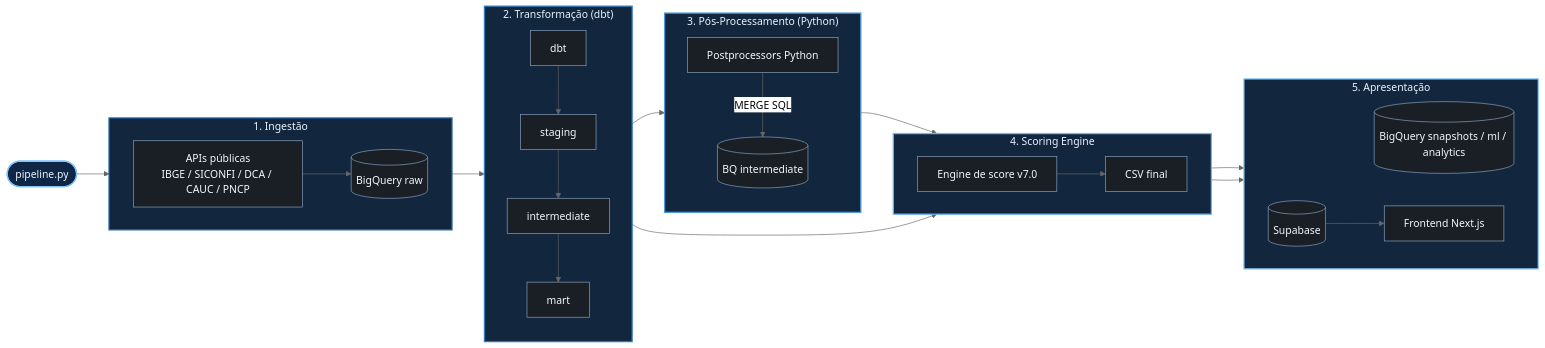
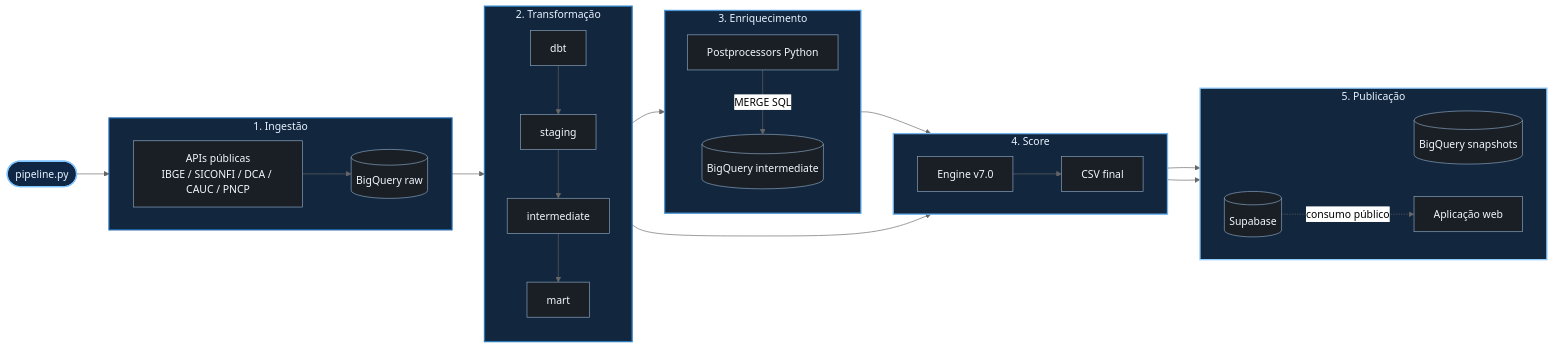
Before and after one commit to Fel-tby/solvelicita-engine: the diagram in README.md, drawn with Mermaid (neutral theme). The commit also changed other lines of this file, not shown here.

````diff
--- a/README.md
+++ b/README.md
@@ -60,71 +75,71 @@
 ```mermaid
 flowchart LR
     PL(["pipeline.py"])
 
     subgraph INGEST ["1. Ingestão"]
         direction LR
         APIS["APIs públicas<br/>IBGE / SICONFI / DCA / CAUC / PNCP"]
         RAW[("BigQuery raw")]
         APIS --> RAW
     end
 
-    subgraph TRANSFORM ["2. Transformação (dbt)"]
+    subgraph TRANSFORM ["2. Transformação"]
         direction TB
         DBT["dbt"]
         STG["staging"]
         INT["intermediate"]
         MART["mart"]
         DBT --> STG --> INT --> MART
     end
 
-    subgraph ENRICH ["3. Pós-Processamento (Python)"]
+    subgraph ENRICH ["3. Enriquecimento"]
         direction TB
         PROC["Postprocessors Python"]
-        BQINT[("BQ intermediate")]
+        BQINT[("BigQuery intermediate")]
         PROC -->|MERGE SQL| BQINT
     end
 
-    subgraph SCORE ["4. Scoring Engine"]
+    subgraph SCORE ["4. Score"]
         direction LR
-        ENG["Engine de score v7.0"]
+        ENG["Engine v7.0"]
         CSV["CSV final"]
     end
 
-    subgraph PRESENT ["5. Apresentação"]
+    subgraph PUBLISH ["5. Publicação"]
         direction LR
-        SNAP[("BigQuery snapshots / ml / analytics")]
+        SNAP[("BigQuery snapshots")]
         SB[("Supabase")]
-        WEB["Frontend Next.js"]
+        WEB["Aplicação web"]
     end
 
     PL --> INGEST
     RAW --> TRANSFORM
     MART --> ENRICH
     MART --> ENG
     BQINT --> ENG
     ENG --> SNAP
     ENG --> CSV
     CSV --> SB
-    SB --> WEB
+    SB -. consumo público .-> WEB
 
     style PL fill:#0f2744,color:#e8f3ff,stroke:#7fc4ff,stroke-width:2px
     style INGEST fill:#12263d,color:#e8f3ff,stroke:#185FA5,stroke-width:2px
     style TRANSFORM fill:#12263d,color:#e8f3ff,stroke:#2B7BBB,stroke-width:2px
     style ENRICH fill:#12263d,color:#e8f3ff,stroke:#4A97D9,stroke-width:2px
     style SCORE fill:#12263d,color:#e8f3ff,stroke:#6FB4F0,stroke-width:2px
-    style PRESENT fill:#12263d,color:#e8f3ff,stroke:#91CBFF,stroke-width:2px
+    style PUBLISH fill:#12263d,color:#e8f3ff,stroke:#91CBFF,stroke-width:2px
 
     style APIS fill:#1a1f26,color:#f2f7ff,stroke:#8aa7c4,stroke-width:1px
     style RAW fill:#1a1f26,color:#f2f7ff,stroke:#8aa7c4,stroke-width:1px
     style DBT fill:#1a1f26,color:#f2f7ff,stroke:#8aa7c4,stroke-width:1px
     style STG fill:#1a1f26,color:#f2f7ff,stroke:#8aa7c4,stroke-width:1px
     style INT fill:#1a1f26,color:#f2f7ff,stroke:#8aa7c4,stroke-width:1px
     style MART fill:#1a1f26,color:#f2f7ff,stroke:#8aa7c4,stroke-width:1px
     style PROC fill:#1a1f26,color:#f2f7ff,stroke:#8aa7c4,stroke-width:1px
     style BQINT fill:#1a1f26,color:#f2f7ff,stroke:#8aa7c4,stroke-width:1px
     style ENG fill:#1a1f26,color:#f2f7ff,stroke:#8aa7c4,stroke-width:1px
     style CSV fill:#1a1f26,color:#f2f7ff,stroke:#8aa7c4,stroke-width:1px
     style SNAP fill:#1a1f26,color:#f2f7ff,stroke:#8aa7c4,stroke-width:1px
     style SB fill:#1a1f26,color:#f2f7ff,stroke:#8aa7c4,stroke-width:1px
     style WEB fill:#1a1f26,color:#f2f7ff,stroke:#8aa7c4,stroke-width:1px
 ```
````
